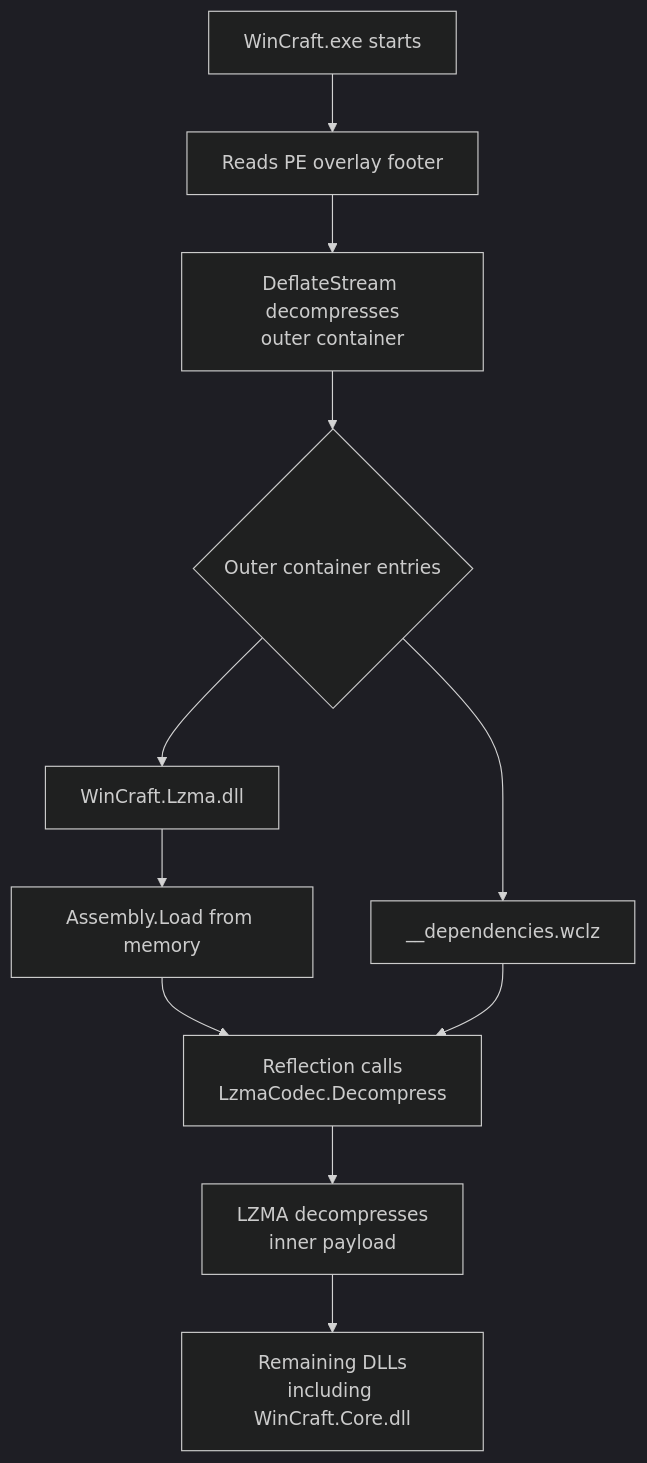
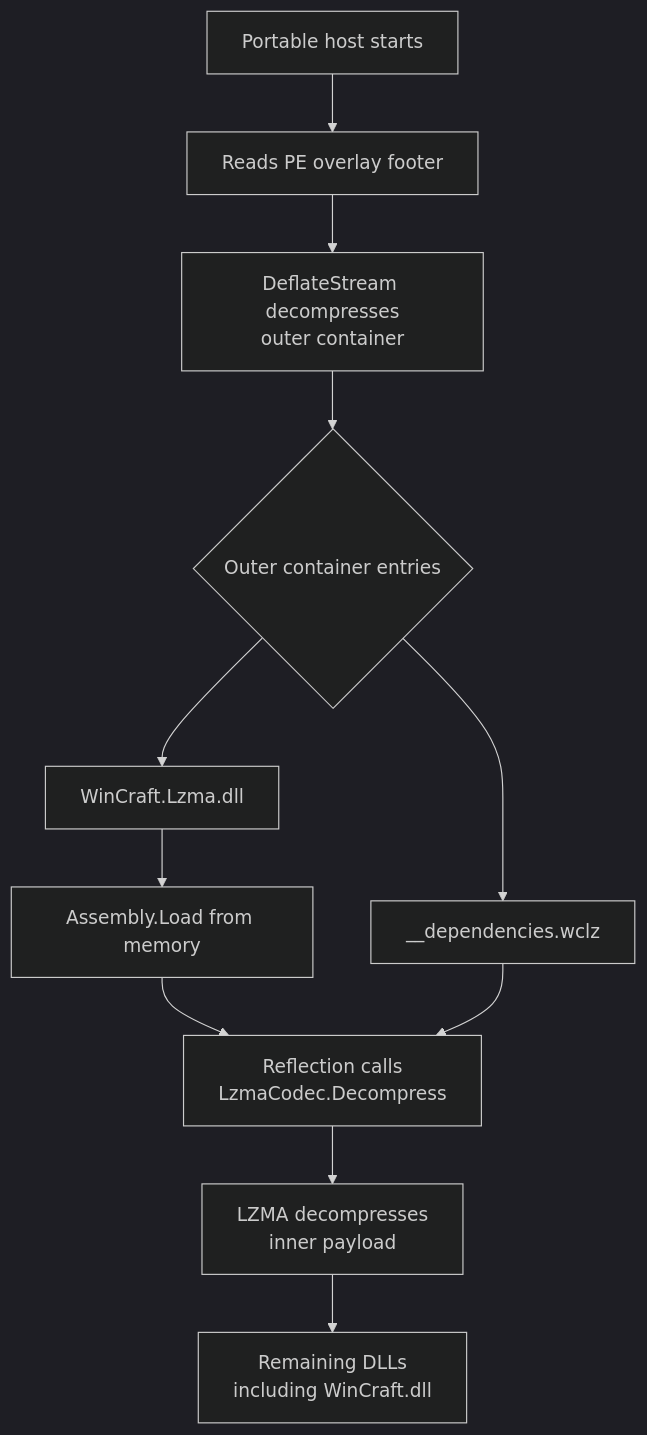
The diagram in docs/features/portable-single-file.md (YeahOSS/WinCraft), drawn with Mermaid (dark theme) before and after one commit. The commit also changed other lines of this file and 151 other files, not shown here.

First line of the commit message:
refactor: rename WinCraft.Core→WinCraft, WinCraft→WinCraft.Portable

````diff
--- a/docs/features/portable-single-file.md
+++ b/docs/features/portable-single-file.md
@@ -23,13 +23,13 @@
 ```mermaid
 flowchart TD
-    A[WinCraft.exe starts] --> B[Reads PE overlay footer]
+    A[Portable host starts] --> B[Reads PE overlay footer]
     B --> C[DeflateStream decompresses<br/>outer container]
     C --> D{Outer container entries}
     D --> E[WinCraft.Lzma.dll]
     D --> F[__dependencies.wclz]
     E --> G[Assembly.Load from memory]
     G --> H[Reflection calls<br/>LzmaCodec.Decompress]
     F --> H
     H --> I[LZMA decompresses<br/>inner payload]
-    I --> J[Remaining DLLs<br/>including WinCraft.Core.dll]
+    I --> J[Remaining DLLs<br/>including WinCraft.dll]
 ```
````
